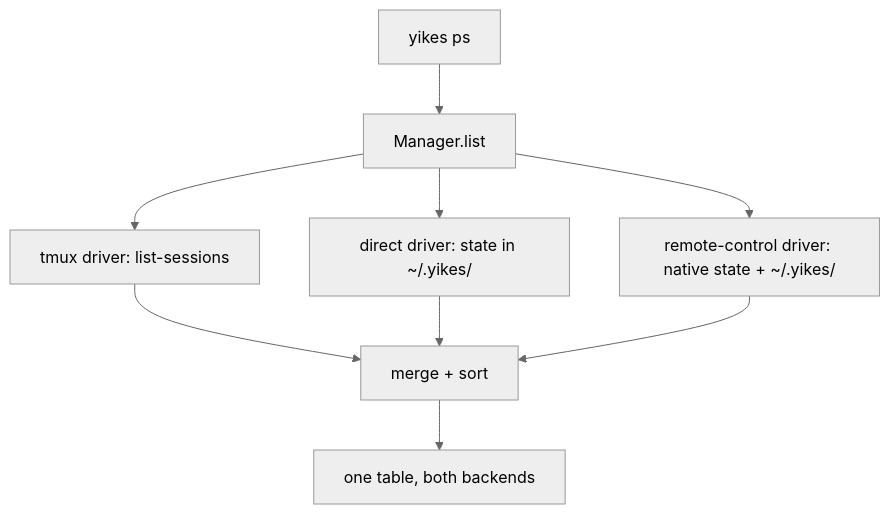
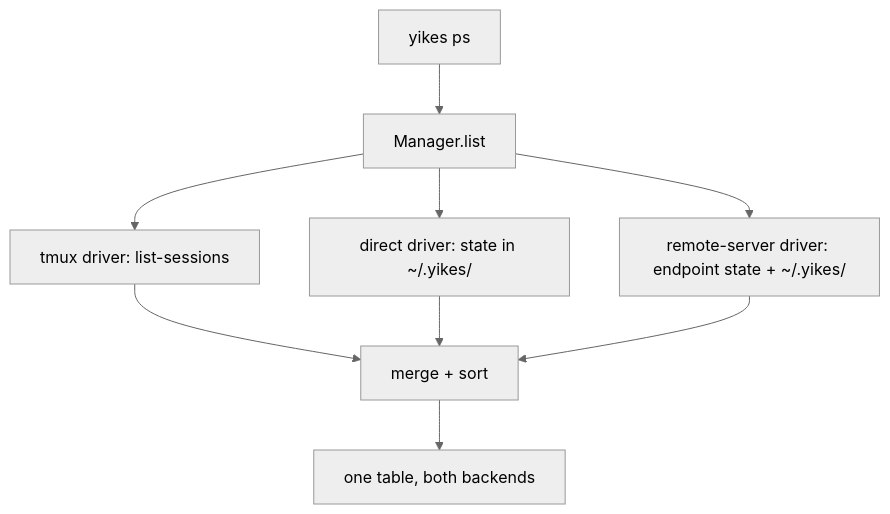
One commit to Alyxion/yikes changed the seventh of 7 diagrams in docs/architecture.md. Above: the diagram before and after it, drawn with Mermaid (neutral theme). The commit also changed other lines of this file and 40 other files, not shown here.

````diff
--- a/docs/architecture.md
+++ b/docs/architecture.md
@@ -382,11 +392,11 @@
 ```mermaid
 flowchart TB
     user["yikes ps"] --> mgr[Manager.list]
     mgr --> tdrv[tmux driver: list-sessions]
     mgr --> ddrv["direct driver: state in ~/.yikes/"]
-    mgr --> rdrv["remote-control driver: native state + ~/.yikes/"]
+    mgr --> rdrv["remote-server driver: endpoint state + ~/.yikes/"]
     tdrv --> merge[merge + sort]
     ddrv --> merge
     rdrv --> merge
     merge --> table["one table, both backends"]
 ```
````
